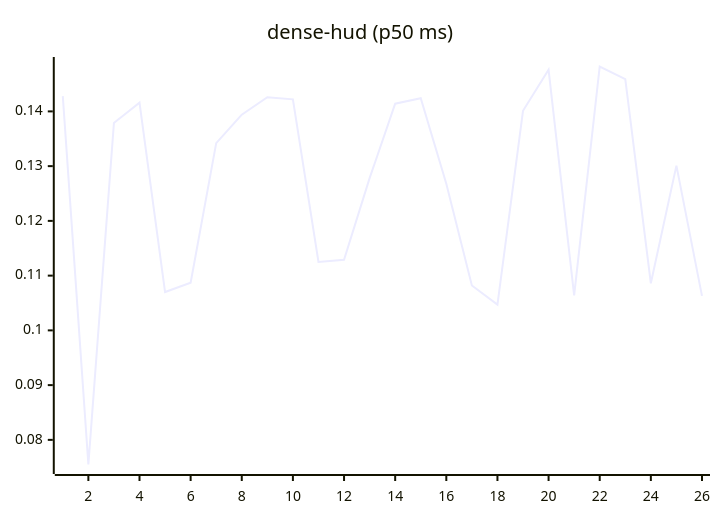
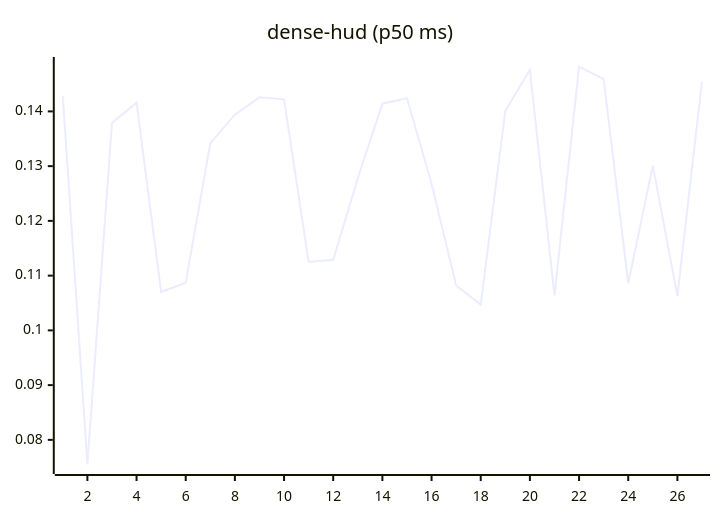
One commit to josha/Facet changed the eighth of 27 diagrams in README.md. Above: the diagram before and after it, drawn with Mermaid. The commit also changed other lines of this file and 2 other files, not shown here.

````diff
--- a/README.md
+++ b/README.md
@@ -112,6 +112,6 @@
 ```mermaid
 xychart-beta
     title "dense-hud (p50 ms)"
-    x-axis 1 --> 26
-    line [0.1428, 0.0755, 0.1379, 0.1416, 0.1070, 0.1087, 0.1342, 0.1394, 0.1426, 0.1422, 0.1125, 0.1129, 0.1278, 0.1414, 0.1424, 0.1268, 0.1082, 0.1047, 0.1401, 0.1476, 0.1064, 0.1482, 0.1459, 0.1086, 0.1301, 0.1063]
+    x-axis 1 --> 27
+    line [0.1428, 0.0755, 0.1379, 0.1416, 0.1070, 0.1087, 0.1342, 0.1394, 0.1426, 0.1422, 0.1125, 0.1129, 0.1278, 0.1414, 0.1424, 0.1268, 0.1082, 0.1047, 0.1401, 0.1476, 0.1064, 0.1482, 0.1459, 0.1086, 0.1301, 0.1063, 0.1455]
 ```
````
